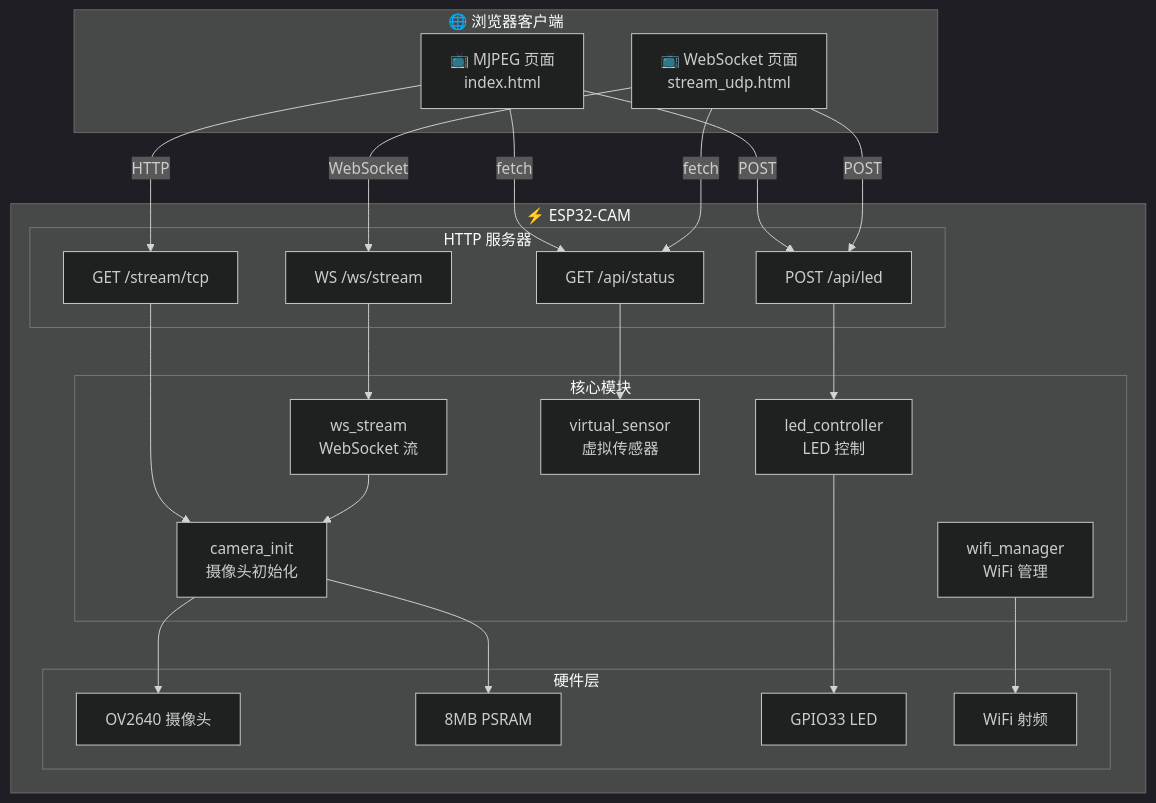
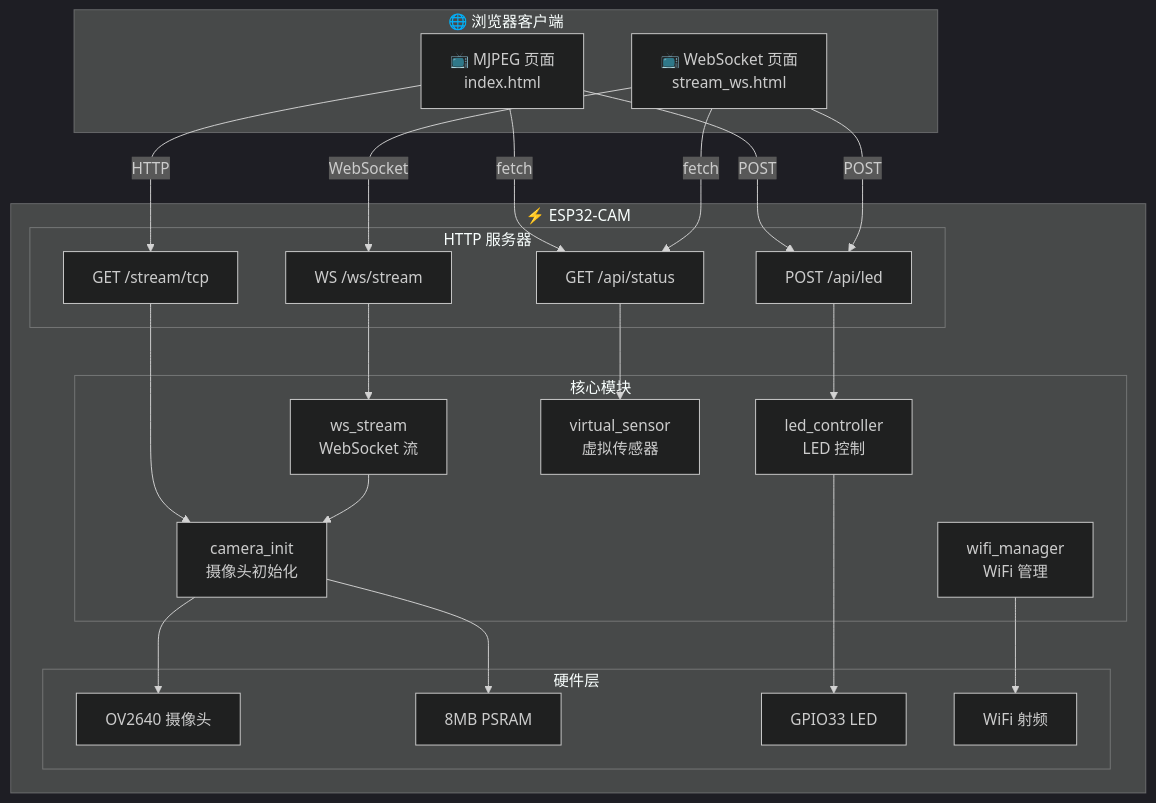
One commit to chinawrj/Autopilot-ESP32-CAM changed the diagram in README_CN.md. Above: the diagram before and after it, drawn with Mermaid (dark theme). The commit also changed other lines of this file and 9 other files, not shown here.

First line of the commit message:
refactor: rename /stream/udp → /stream/ws + add GPIO pinout docs

````diff
--- a/README_CN.md
+++ b/README_CN.md
@@ -44,44 +78,44 @@
 ```mermaid
 graph TB
     subgraph Browser["🌐 浏览器客户端"]
         A1["📺 MJPEG 页面<br/>index.html"]
-        A2["📺 WebSocket 页面<br/>stream_udp.html"]
+        A2["📺 WebSocket 页面<br/>stream_ws.html"]
     end
 
     subgraph ESP["⚡ ESP32-CAM"]
         subgraph HTTP["HTTP 服务器"]
             B2["GET /stream/tcp"]
             B4["GET /api/status"]
             B5["POST /api/led"]
             B6["WS /ws/stream"]
         end
 
         subgraph Modules["核心模块"]
             C1["wifi_manager<br/>WiFi 管理"]
             C2["camera_init<br/>摄像头初始化"]
             C3["ws_stream<br/>WebSocket 流"]
             C4["led_controller<br/>LED 控制"]
             C5["virtual_sensor<br/>虚拟传感器"]
         end
 
         subgraph HW["硬件层"]
             D2["OV2640 摄像头"]
             D3["8MB PSRAM"]
             D4["GPIO33 LED"]
             D5["WiFi 射频"]
         end
     end
 
     A1 -- "HTTP" --> B2
     A2 -- "WebSocket" --> B6
     A1 & A2 -- "fetch" --> B4
     A1 & A2 -- "POST" --> B5
 
     B2 --> C2
     B6 --> C3 --> C2
     B4 --> C5
     B5 --> C4
     C1 --> D5
     C2 --> D2 & D3
     C4 --> D4
 ```
````
